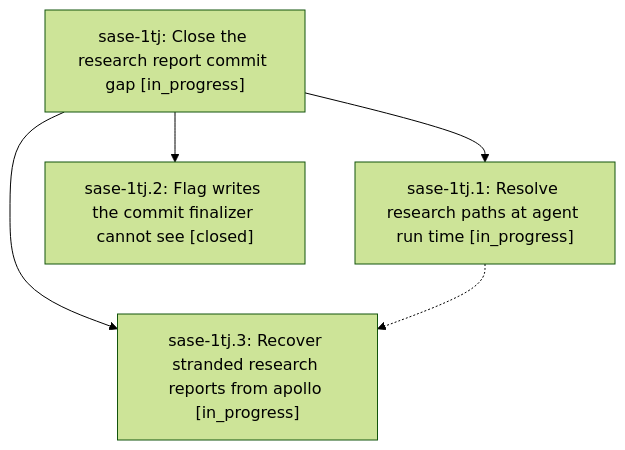
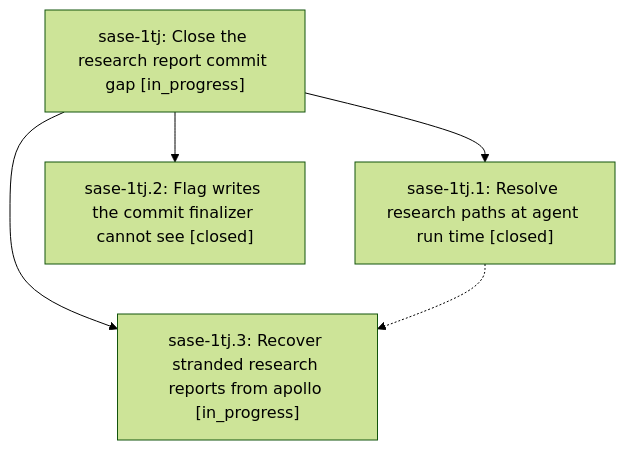
The diagram in pages/sase-1tj/README.md (sase-org/sase--beads), drawn with Mermaid (forest theme) before and after one commit. The commit also changed other lines of this file and 3 other files, not shown here.

````diff
--- a/pages/sase-1tj/README.md
+++ b/pages/sase-1tj/README.md
@@ -36,11 +38,11 @@
 ```mermaid
 flowchart TD
     n0["sase-1tj: Close the research report commit gap [in_progress]"]
-    n1["sase-1tj.1: Resolve research paths at agent run time [in_progress]"]
+    n1["sase-1tj.1: Resolve research paths at agent run time [closed]"]
     n2["sase-1tj.2: Flag writes the commit finalizer cannot see [closed]"]
     n3["sase-1tj.3: Recover stranded research reports from apollo [in_progress]"]
     n0 --> n1
     n0 --> n2
     n0 --> n3
     n1 -.-> n3
 ```
````
